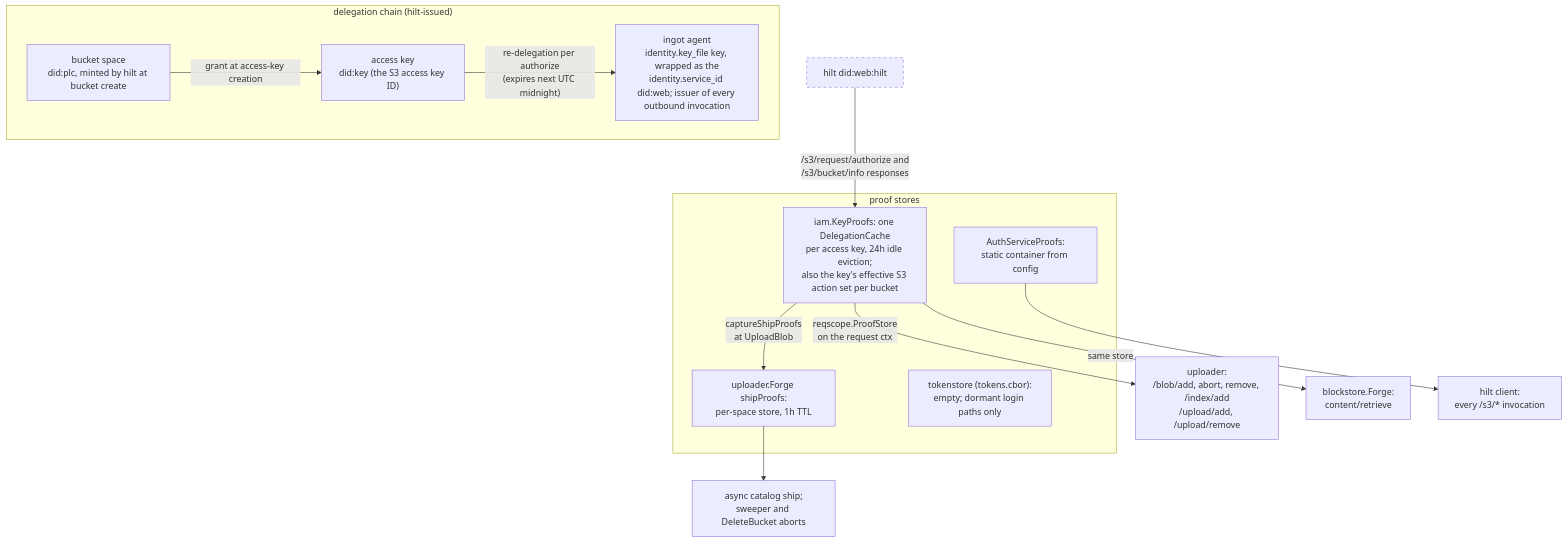
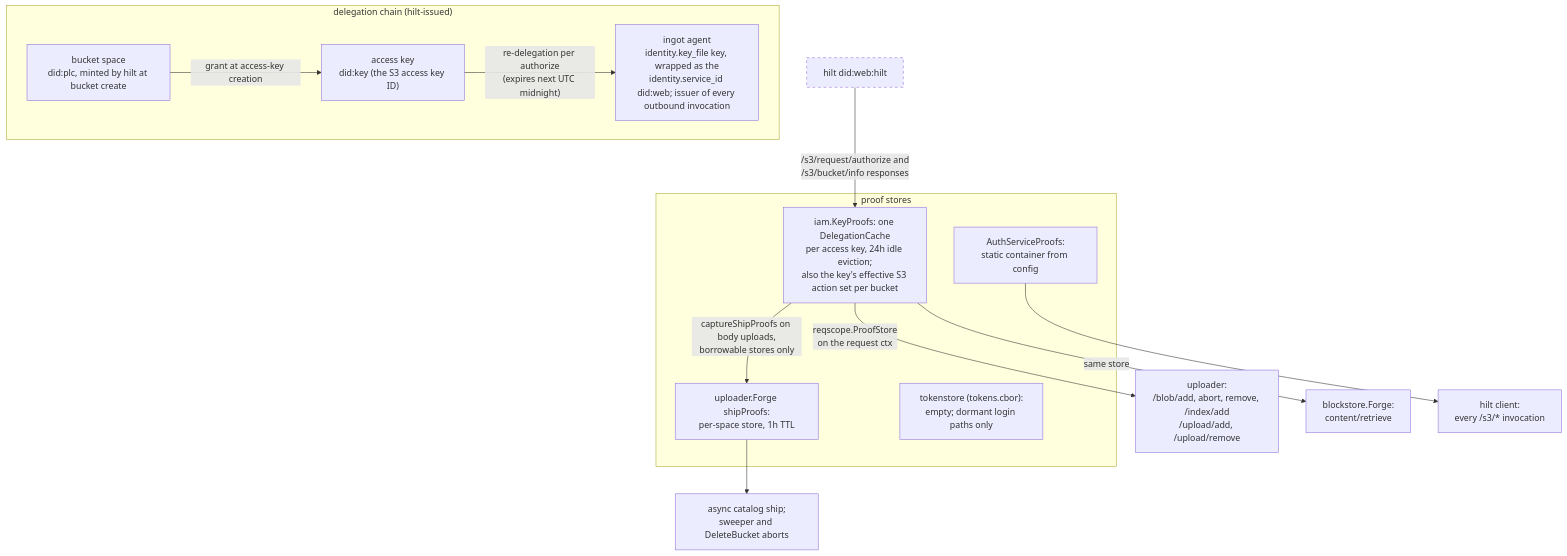
One commit to fil-forge/ingot changed diagram 11 of 14 in docs/diagrams.md. Above: the diagram before and after it, drawn with Mermaid. The commit also changed other lines of this file and 13 other files, not shown here.

First line of the commit message:
Hold a write's store as ship authority only while it may be borrowed

````diff
--- a/docs/diagrams.md
+++ b/docs/diagrams.md
@@ -798,28 +799,28 @@
 ```mermaid
 flowchart TB
     subgraph chain["delegation chain (hilt-issued)"]
         space["bucket space<br/>did:plc, minted by hilt at bucket create"]
         ak["access key<br/>did:key (the S3 access key ID)"]
         agent["ingot agent<br/>identity.key_file key, wrapped as the<br/>identity.service_id did:web; issuer of every outbound invocation"]
         space -->|"grant at access-key creation"| ak
         ak -->|"re-delegation per authorize<br/>(expires next UTC midnight)"| agent
     end
 
     hilt["hilt did:web:hilt"] -->|"/s3/request/authorize and<br/>/s3/bucket/info responses"| kp
 
     subgraph stores["proof stores"]
         kp["iam.KeyProofs: one DelegationCache<br/>per access key, 24h idle eviction;<br/>also the key's effective S3 action set per bucket"]
         ship["uploader.Forge shipProofs:<br/>per-space store, 1h TTL"]
         static["AuthServiceProofs:<br/>static container from config"]
         tok["tokenstore (tokens.cbor):<br/>empty; dormant login paths only"]
     end
 
     kp -->|"reqscope.ProofStore<br/>on the request ctx"| writes["uploader:<br/>/blob/add, abort, remove, /index/add<br/>/upload/add, /upload/remove"]
     kp -->|"same store"| reads["blockstore.Forge:<br/>content/retrieve"]
-    kp -->|"captureShipProofs<br/>at UploadBlob"| ship
+    kp -->|"captureShipProofs on body uploads,<br/>borrowable stores only"| ship
     ship --> async["async catalog ship;<br/>sweeper and DeleteBucket aborts"]
     static --> hc["hilt client:<br/>every /s3/* invocation"]
 
     classDef external stroke-dasharray: 5 5
     class hilt external
 ```
````
